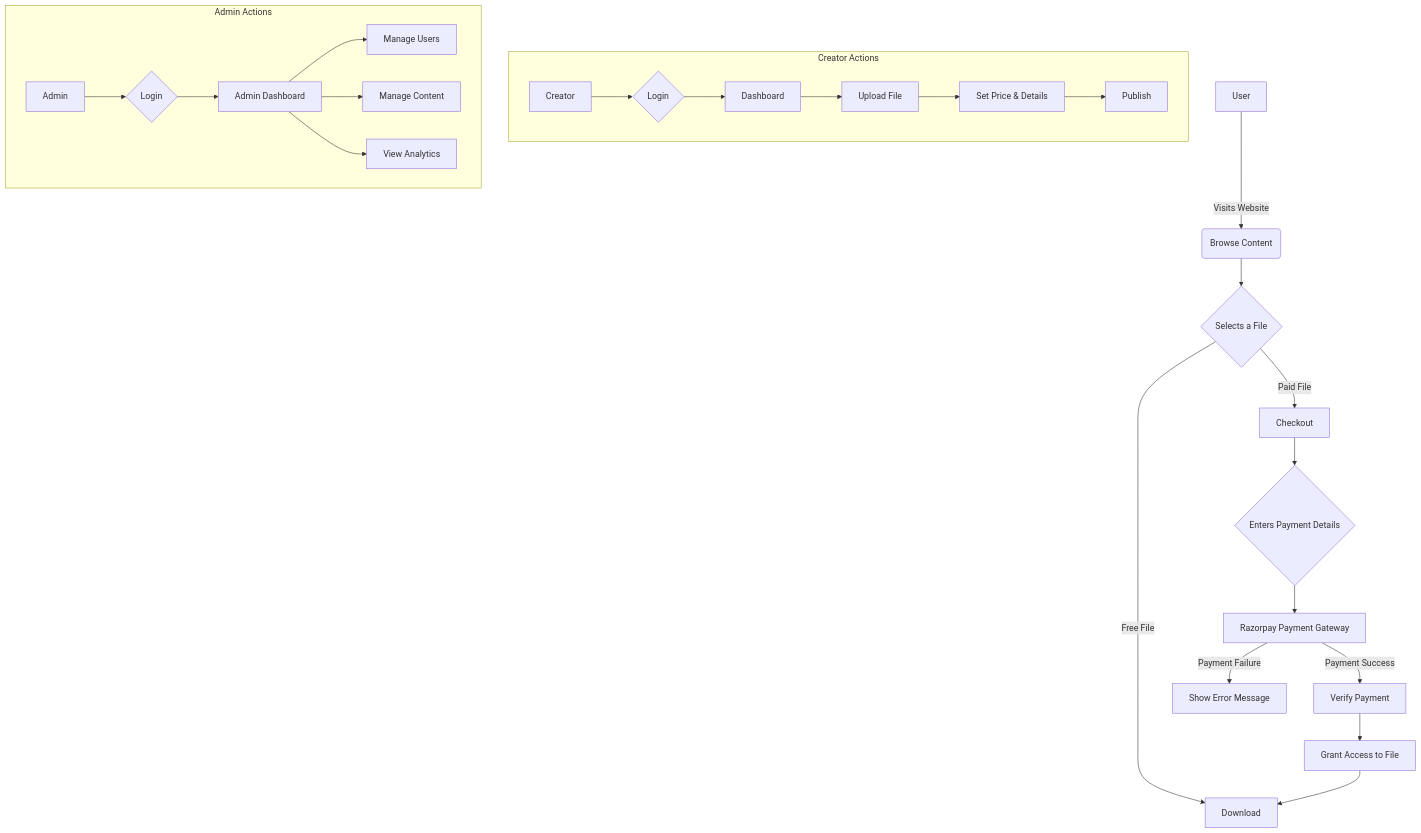
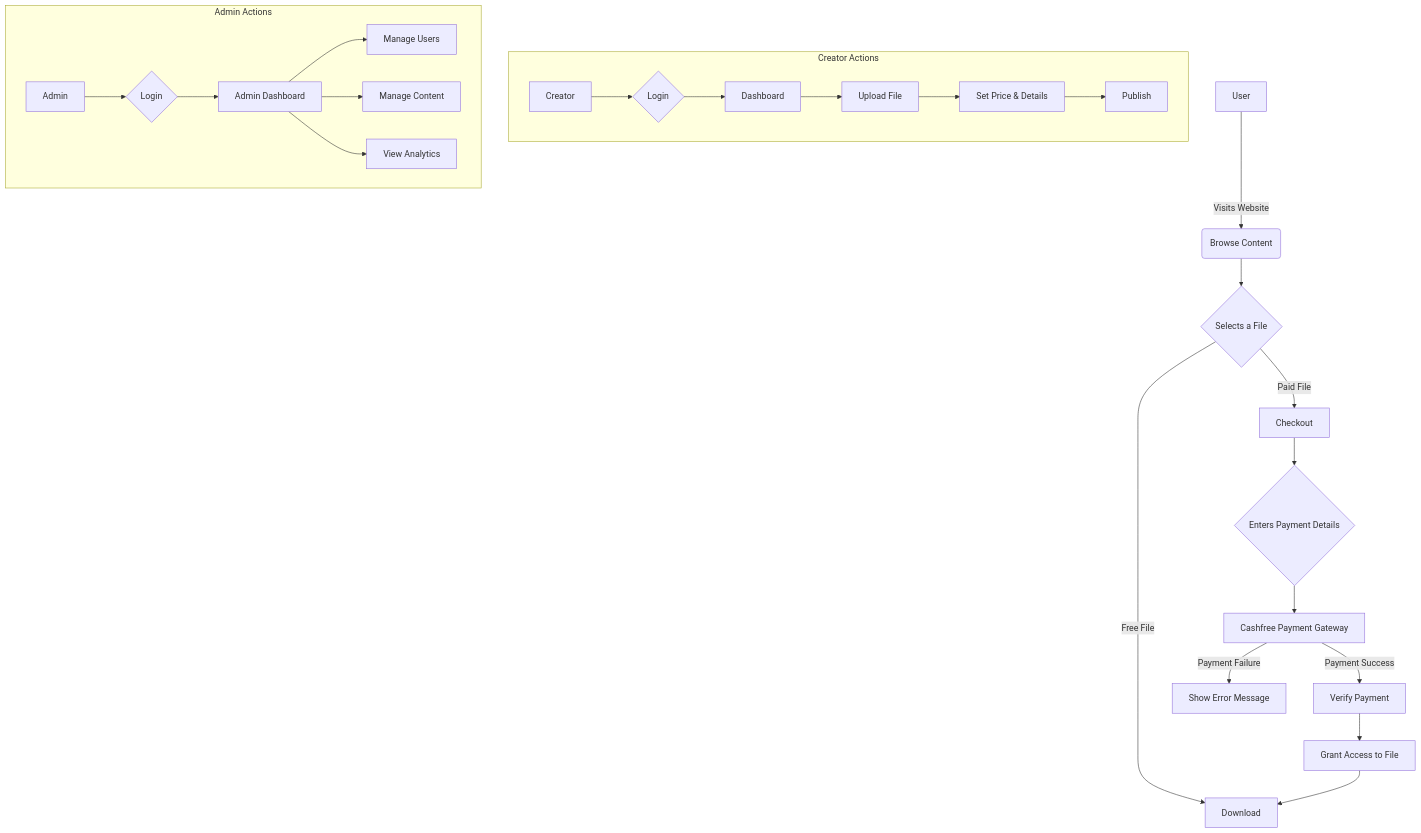
The diagram in documentation.md (123prasan/DigitalMarketProject), drawn with Mermaid before and after one commit. The commit also changed other lines of this file and 1949 other files, not shown here.

````diff
--- a/documentation.md
+++ b/documentation.md
@@ -72,29 +72,29 @@
 ```mermaid
 graph TD
     A[User] -->|Visits Website| B(Browse Content)
     B --> C{Selects a File}
     C -->|Free File| D[Download]
     C -->|Paid File| E[Checkout]
     E --> F{Enters Payment Details}
-    F --> G[Razorpay Payment Gateway]
+    F --> G[Cashfree Payment Gateway]
     G -->|Payment Success| H[Verify Payment]
     H --> I[Grant Access to File]
     I --> D
     G -->|Payment Failure| J[Show Error Message]
 
     subgraph Creator Actions
         K[Creator] --> L{Login}
         L --> M[Dashboard]
         M --> N[Upload File]
         N --> O[Set Price & Details]
         O --> P[Publish]
     end
 
     subgraph Admin Actions
         Q[Admin] --> R{Login}
         R --> S[Admin Dashboard]
         S --> T[Manage Users]
         S --> U[Manage Content]
         S --> V[View Analytics]
     end
 ```
````
